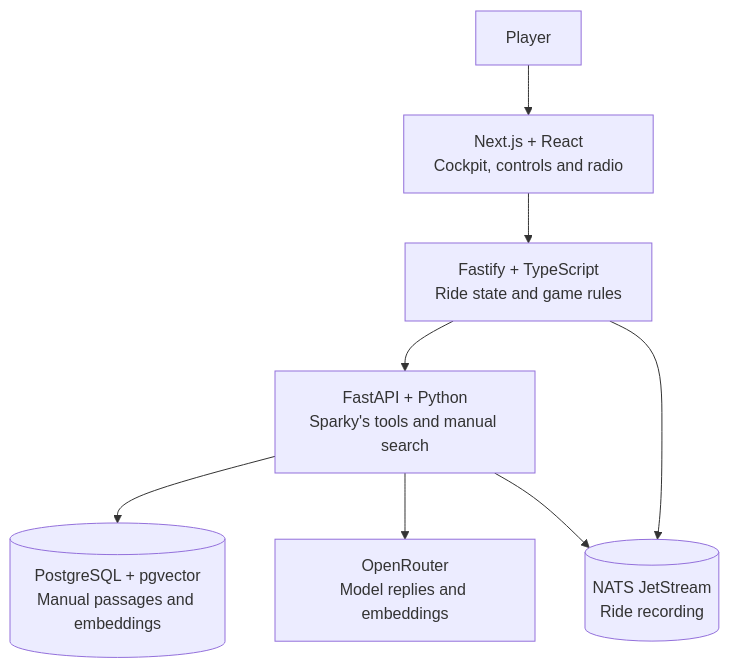
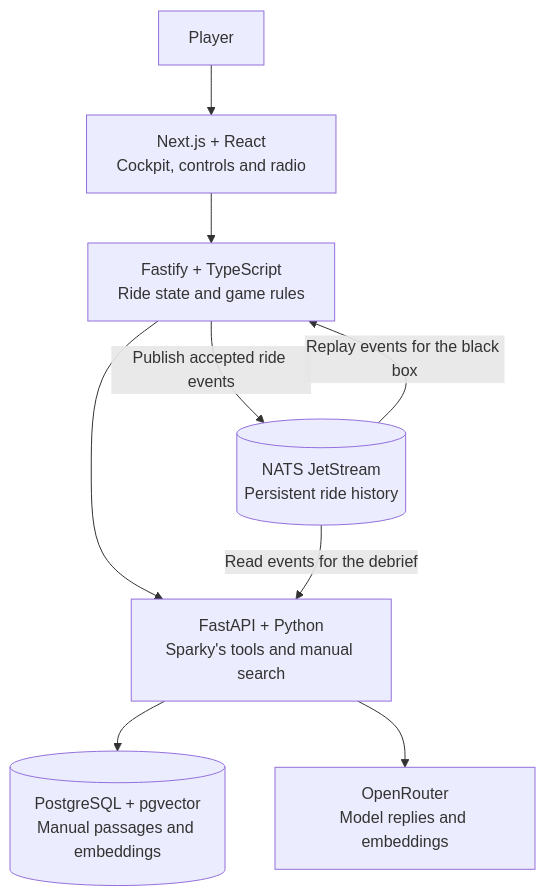
The diagram in README.md (AndreiAyar/escape-docs), drawn with Mermaid before and after one commit. The commit also changed other lines of this file, not shown here.

Commit message:
docs: clarify JetStream replay and debrief consumers

````diff
--- a/README.md
+++ b/README.md
@@ -41,10 +41,11 @@
 ```mermaid
 flowchart TD
     Player["Player"] --> Web["Next.js + React<br/>Cockpit, controls and radio"]
     Web --> API["Fastify + TypeScript<br/>Ride state and game rules"]
     API --> AI["FastAPI + Python<br/>Sparky's tools and manual search"]
     AI --> PG[("PostgreSQL + pgvector<br/>Manual passages and embeddings")]
     AI --> OpenRouter["OpenRouter<br/>Model replies and embeddings"]
-    API --> NATS[("NATS JetStream<br/>Ride recording")]
-    AI --> NATS
+    API -->|"Publish accepted ride events"| NATS[("NATS JetStream<br/>Persistent ride history")]
+    NATS -->|"Replay events for the black box"| API
+    NATS -->|"Read events for the debrief"| AI
 ```
````
